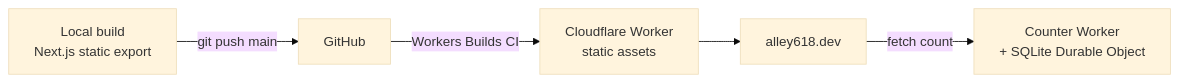
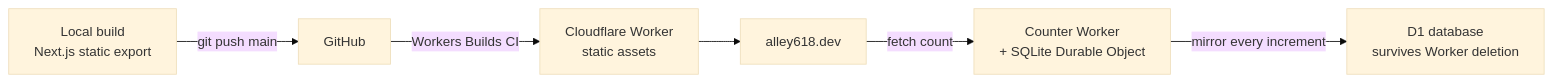
One commit to Aquivus-AI/Portfolio_Web_Alley618 changed the diagram in README.md. Above: the diagram before and after it, drawn with Mermaid (base theme). The commit also changed other lines of this file, not shown here.

````diff
--- a/README.md
+++ b/README.md
@@ -39,7 +40,8 @@
 ```mermaid
 flowchart LR
     dev["Local build<br/>Next.js static export"] -->|git push main| gh["GitHub"]
     gh -->|Workers Builds CI| cf["Cloudflare Worker<br/>static assets"]
     cf --> site["alley618.dev"]
     site -->|fetch count| dc["Counter Worker<br/>+ SQLite Durable Object"]
+    dc -->|mirror every increment| d1["D1 database<br/>survives Worker deletion"]
 ```
````
